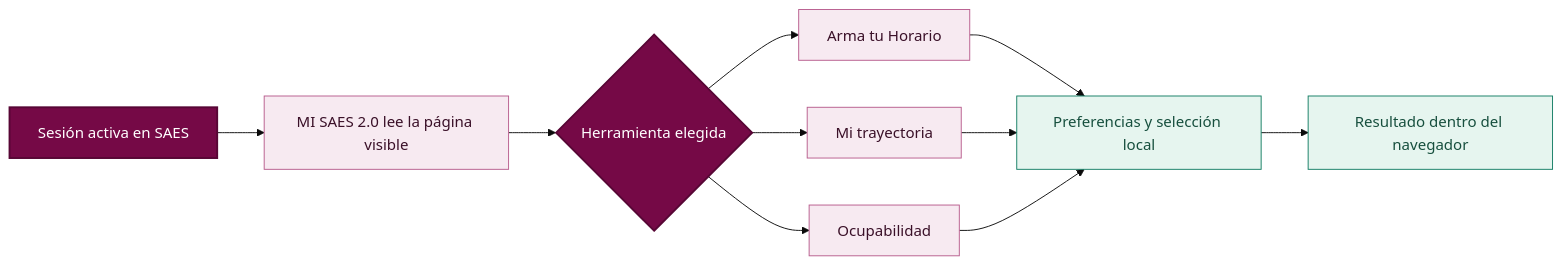
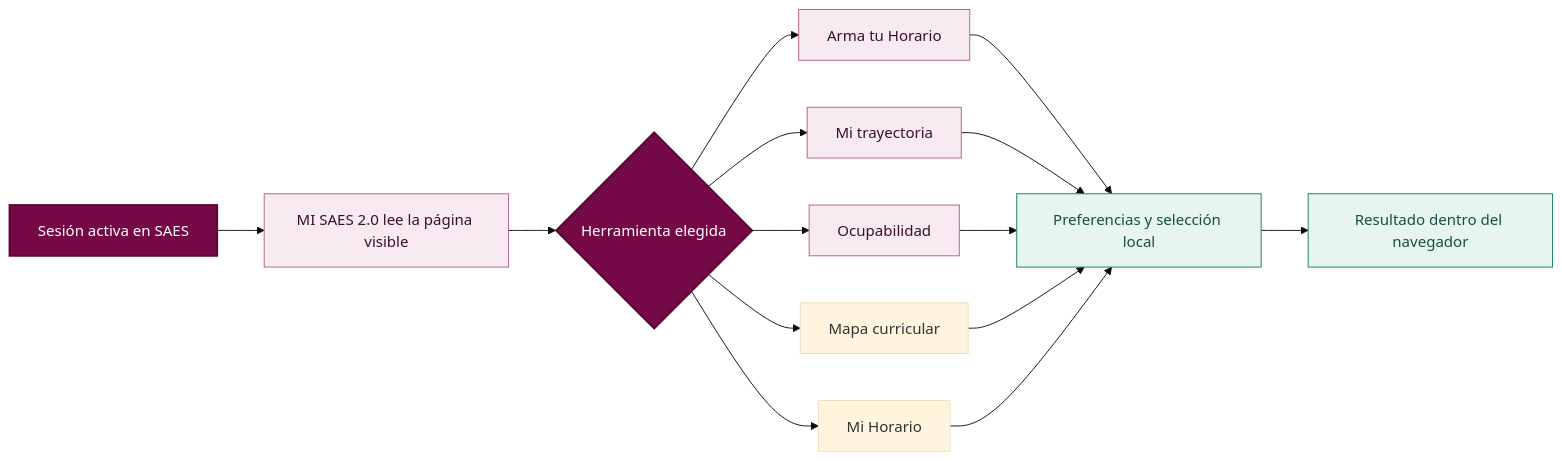
Before and after one commit to LeonardSF/MI-SAES-2.0: the first of 2 diagrams in README.md, drawn with Mermaid (base theme). The commit also changed other lines of this file and 23 other files, not shown here.

````diff
--- a/README.md
+++ b/README.md
@@ -83,19 +95,23 @@
 ```mermaid
 flowchart LR
     A[Sesión activa en SAES] --> B[MI SAES 2.0 lee la página visible]
     B --> C{Herramienta elegida}
     C --> D[Arma tu Horario]
     C --> E[Mi trayectoria]
     C --> F[Ocupabilidad]
+    C --> I[Mapa curricular]
+    C --> J[Mi Horario]
     D --> G[Preferencias y selección local]
     E --> G
     F --> G
+    I --> G
+    J --> G
     G --> H[Resultado dentro del navegador]
 
     classDef wine fill:#750946,color:#ffffff,stroke:#570635,stroke-width:2px
     classDef soft fill:#f7eaf1,color:#3a1028,stroke:#b85d8d
     classDef safe fill:#e6f5ef,color:#174f3e,stroke:#147d64
     class A,C wine
     class B,D,E,F soft
     class G,H safe
 ```
````
